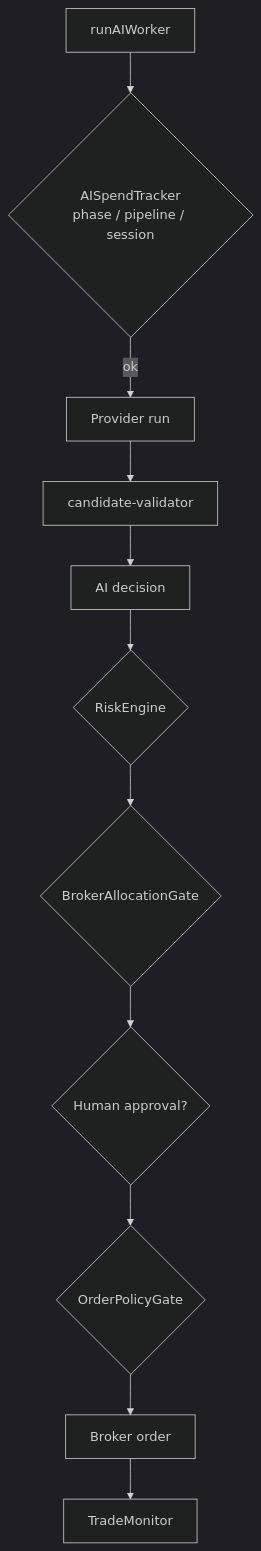
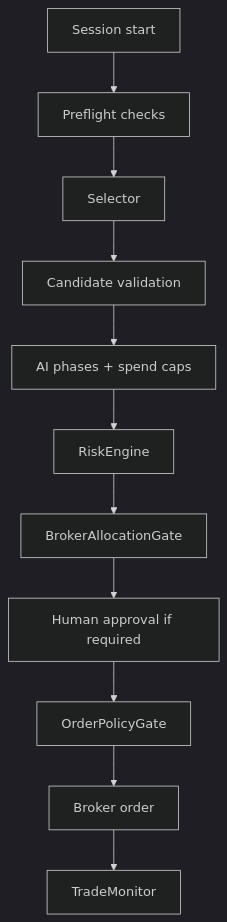
Diagram 11 of 14 in docs/architecture/ai-runtime.md (KennethAtchon/Exva), drawn with Mermaid (dark theme) before and after one commit. The commit also changed other lines of this file and 11 other files, not shown here.

````diff
--- a/docs/architecture/ai-runtime.md
+++ b/docs/architecture/ai-runtime.md
@@ -548,13 +425,13 @@
 ```mermaid
 graph TD
-    Worker["runAIWorker"] --> Spend{"AISpendTracker\nphase / pipeline / session"}
-    Spend -->|ok| AI["Provider run"]
-    AI --> Candidate["candidate-validator"]
-    Candidate --> Decision["AI decision"]
-    Decision --> Risk{"RiskEngine"}
-    Risk --> Allocation{"BrokerAllocationGate"}
-    Allocation --> Approval{"Human approval?"}
-    Approval --> Policy{"OrderPolicyGate"}
+    Start["Session start"] --> Preflight["Preflight checks"]
+    Preflight --> Selector["Selector"]
+    Selector --> Candidate["Candidate validation"]
+    Candidate --> AI["AI phases + spend caps"]
+    AI --> Risk["RiskEngine"]
+    Risk --> Allocation["BrokerAllocationGate"]
+    Allocation --> Approval["Human approval if required"]
+    Approval --> Policy["OrderPolicyGate"]
     Policy --> Order["Broker order"]
     Order --> Monitor["TradeMonitor"]
 ```
````
